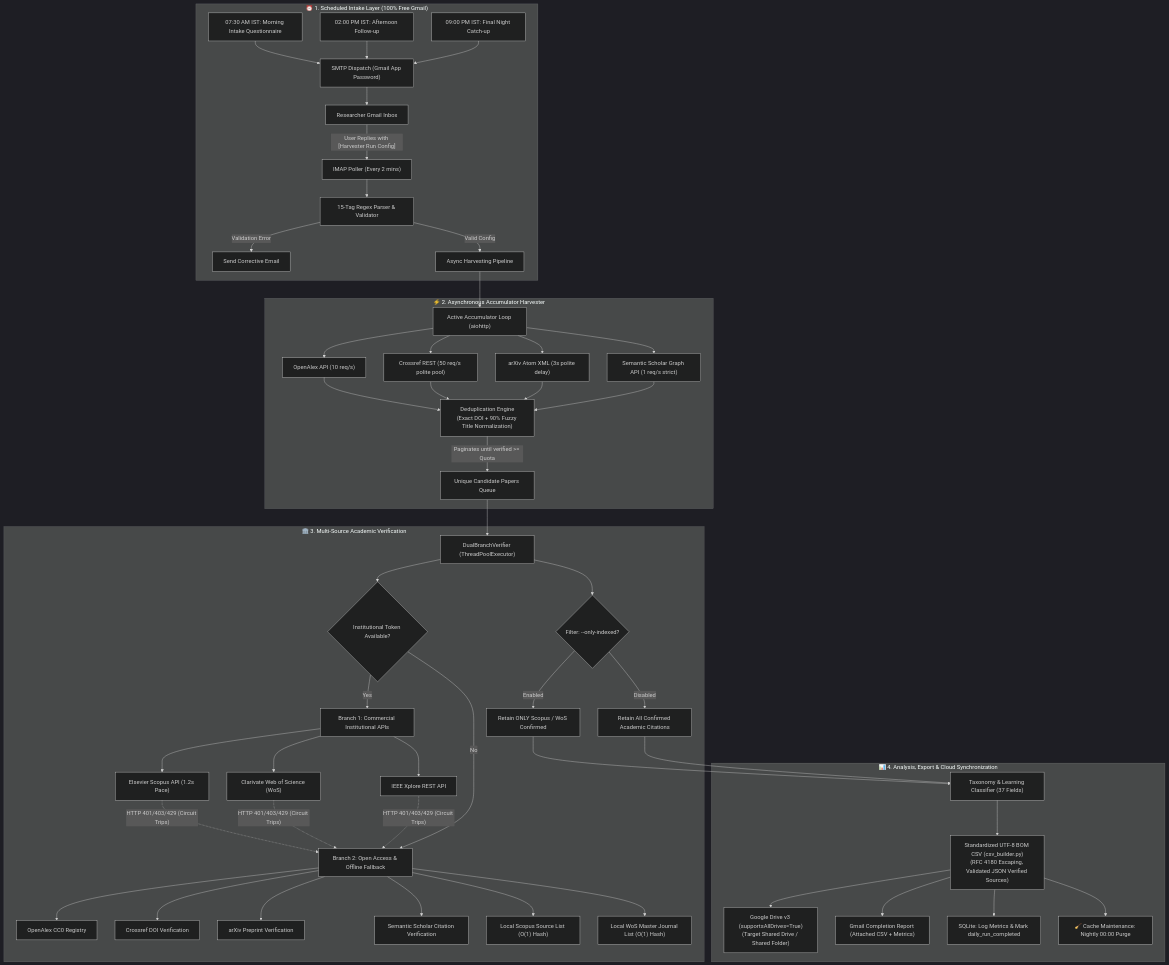
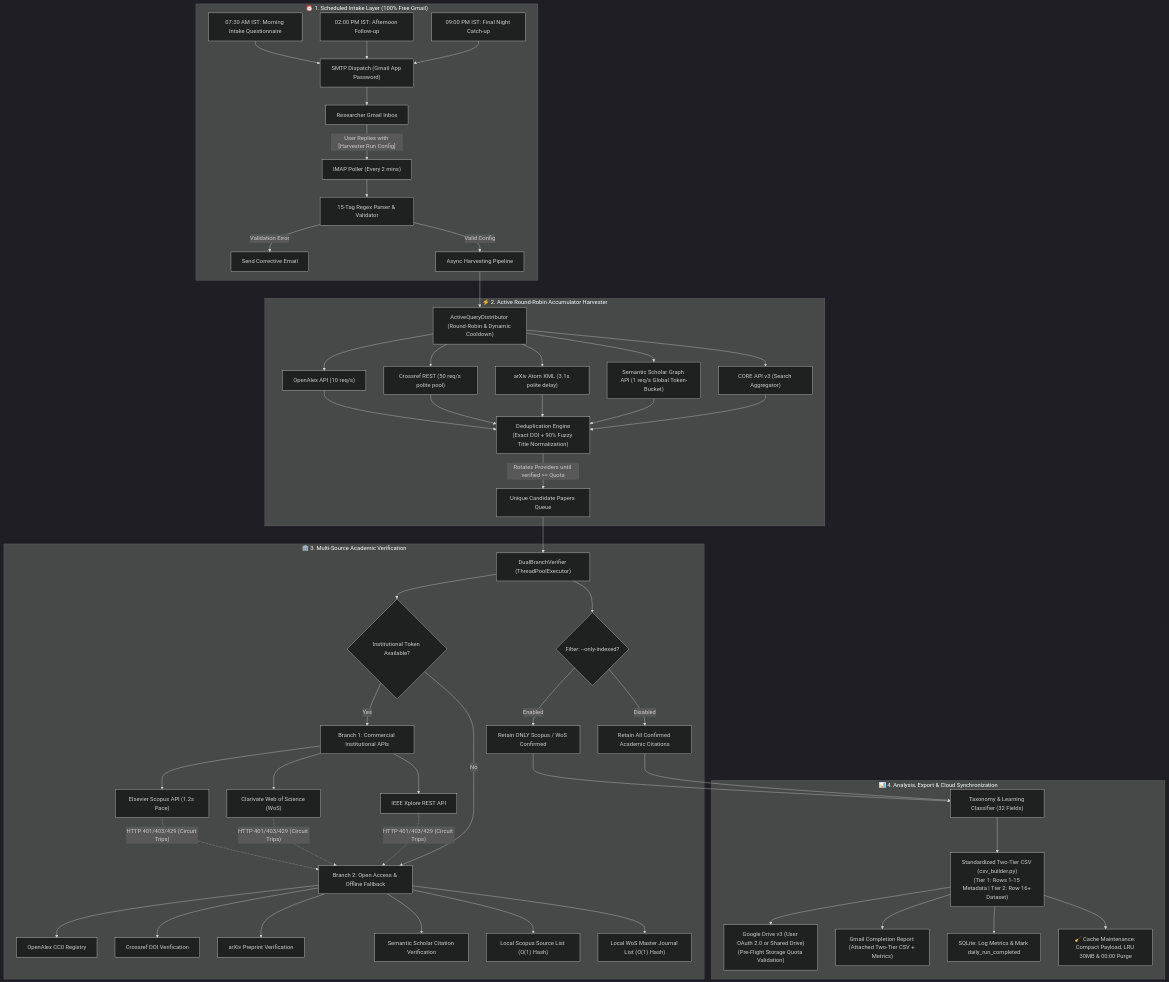
The diagram in HANDBOOK.md (tninanofchirawa/Get_paper), drawn with Mermaid (dark theme) before and after one commit. The commit also changed other lines of this file and 29 other files, not shown here.

````diff
--- a/HANDBOOK.md
+++ b/HANDBOOK.md
@@ -78,52 +81,53 @@
 ```mermaid
 flowchart TD
     subgraph Intake["⏰ 1. Scheduled Intake Layer (100% Free Gmail)"]
         T1["07:30 AM IST: Morning Intake Questionnaire"] --> SMTP["SMTP Dispatch (Gmail App Password)"]
         T2["02:00 PM IST: Afternoon Follow-up"] --> SMTP
         T3["09:00 PM IST: Final Night Catch-up"] --> SMTP
         SMTP --> INB["Researcher Gmail Inbox"]
         INB -- "User Replies with [Harvester Run Config]" --> IMAP["IMAP Poller (Every 2 mins)"]
         IMAP --> PARSER["15-Tag Regex Parser & Validator"]
         PARSER -- "Validation Error" --> CORR["Send Corrective Email"]
         PARSER -- "Valid Config" --> PIPE["Async Harvesting Pipeline"]
     end
 
-    subgraph Harv["⚡ 2. Asynchronous Accumulator Harvester"]
-        PIPE --> ACC["Active Accumulator Loop (aiohttp)"]
-        ACC --> OA["OpenAlex API (10 req/s)"]
-        ACC --> CR["Crossref REST (50 req/s polite pool)"]
-        ACC --> AR["arXiv Atom XML (3s polite delay)"]
-        ACC --> SS["Semantic Scholar Graph API (1 req/s strict)"]
-        OA & CR & AR & SS --> DEDUP["Deduplication Engine\n(Exact DOI + 90% Fuzzy Title Normalization)"]
-        DEDUP -- "Paginates until verified >= Quota" --> QUEUE["Unique Candidate Papers Queue"]
+    subgraph Harv["⚡ 2. Active Round-Robin Accumulator Harvester"]
+        PIPE --> DIST["ActiveQueryDistributor (Round-Robin & Dynamic Cooldown)"]
+        DIST --> OA["OpenAlex API (10 req/s)"]
+        DIST --> CR["Crossref REST (50 req/s polite pool)"]
+        DIST --> AR["arXiv Atom XML (3.1s polite delay)"]
+        DIST --> SS["Semantic Scholar Graph API (1 req/s Global Token-Bucket)"]
+        DIST --> CO["CORE API v3 (Search Aggregator)"]
+        OA & CR & AR & SS & CO --> DEDUP["Deduplication Engine\n(Exact DOI + 90% Fuzzy Title Normalization)"]
+        DEDUP -- "Rotates Providers until verified >= Quota" --> QUEUE["Unique Candidate Papers Queue"]
     end
 
     subgraph Ver["🏛️ 3. Multi-Source Academic Verification"]
         QUEUE --> DUAL["DualBranchVerifier (ThreadPoolExecutor)"]
         DUAL --> CHK{"Institutional Token Available?"}
         CHK -- "Yes" --> B1["Branch 1: Commercial Institutional APIs"]
         B1 --> S1["Elsevier Scopus API (1.2s Pace)"]
         B1 --> S2["Clarivate Web of Science (WoS)"]
         B1 --> S3["IEEE Xplore REST API"]
         S1 & S2 & S3 -. "HTTP 401/403/429 (Circuit Trips)" .-> B2["Branch 2: Open Access & Offline Fallback"]
         CHK -- "No" --> B2
         B2 --> B2A["OpenAlex CC0 Registry"]
         B2 --> B2B["Crossref DOI Verification"]
         B2 --> B2C["arXiv Preprint Verification"]
         B2 --> B2D["Semantic Scholar Citation Verification"]
         B2 --> B2E["Local Scopus Source List (O(1) Hash)"]
         B2 --> B2F["Local WoS Master Journal List (O(1) Hash)"]
         DUAL --> FLTR{"Filter: --only-indexed?"}
         FLTR -- "Enabled" --> STRCT["Retain ONLY Scopus / WoS Confirmed"]
         FLTR -- "Disabled" --> BROAD["Retain All Confirmed Academic Citations"]
     end
 
     subgraph Out["📊 4. Analysis, Export & Cloud Synchronization"]
-        STRCT & BROAD --> ANL["Taxonomy & Learning Classifier (37 Fields)"]
-        ANL --> CSV["Standardized UTF-8 BOM CSV (csv_builder.py)\n(RFC 4180 Escaping, Validated JSON Verified Sources)"]
-        CSV --> GDRV["Google Drive v3 (supportsAllDrives=True)\n(Target Shared Drive / Shared Folder)"]
-        CSV --> RPT["Gmail Completion Report (Attached CSV + Metrics)"]
+        STRCT & BROAD --> ANL["Taxonomy & Learning Classifier (32 Fields)"]
+        ANL --> CSV["Standardized Two-Tier CSV (csv_builder.py)\n(Tier 1: Rows 1-15 Metadata | Tier 2: Row 16+ Dataset)"]
+        CSV --> GDRV["Google Drive v3 (User OAuth 2.0 or Shared Drive)\n(Pre-Flight Storage Quota Validation)"]
+        CSV --> RPT["Gmail Completion Report (Attached Two-Tier CSV + Metrics)"]
         CSV --> DB["SQLite: Log Metrics & Mark daily_run_completed"]
-        CSV --> PURGE["🧹 Cache Maintenance: Nightly 00:00 Purge"]
+        CSV --> PURGE["🧹 Cache Maintenance: Compact Payload, LRU 30MB & 00:00 Purge"]
     end
 ```
````
